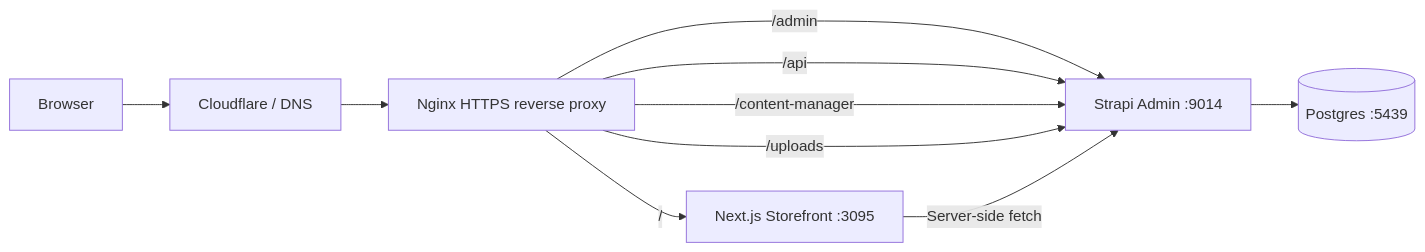
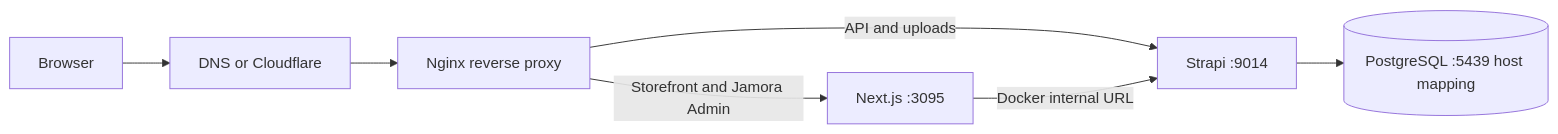
One commit to cdesqus/jmr-cms changed the seventh of 9 diagrams in Jamora/BUSINESS_FLOW.md. Above: the diagram before and after it, drawn with Mermaid. The commit also changed other lines of this file, not shown here.

````diff
--- a/Jamora/BUSINESS_FLOW.md
+++ b/Jamora/BUSINESS_FLOW.md
@@ -114,12 +270,9 @@
 ```mermaid
 flowchart LR
-    A[Browser] --> B[Cloudflare / DNS]
-    B --> C[Nginx HTTPS reverse proxy]
-    C -->|/| D[Next.js Storefront :3095]
-    C -->|/admin| E[Strapi Admin :9014]
-    C -->|/api| E
-    C -->|/content-manager| E
-    C -->|/uploads| E
-    D -->|Server-side fetch| E
-    E --> F[(Postgres :5439)]
+    A[Browser] --> B[DNS or Cloudflare]
+    B --> C[Nginx reverse proxy]
+    C -->|Storefront and Jamora Admin| D[Next.js :3095]
+    C -->|API and uploads| E[Strapi :9014]
+    D -->|Docker internal URL| E
+    E --> F[(PostgreSQL :5439 host mapping)]
 ```
````
